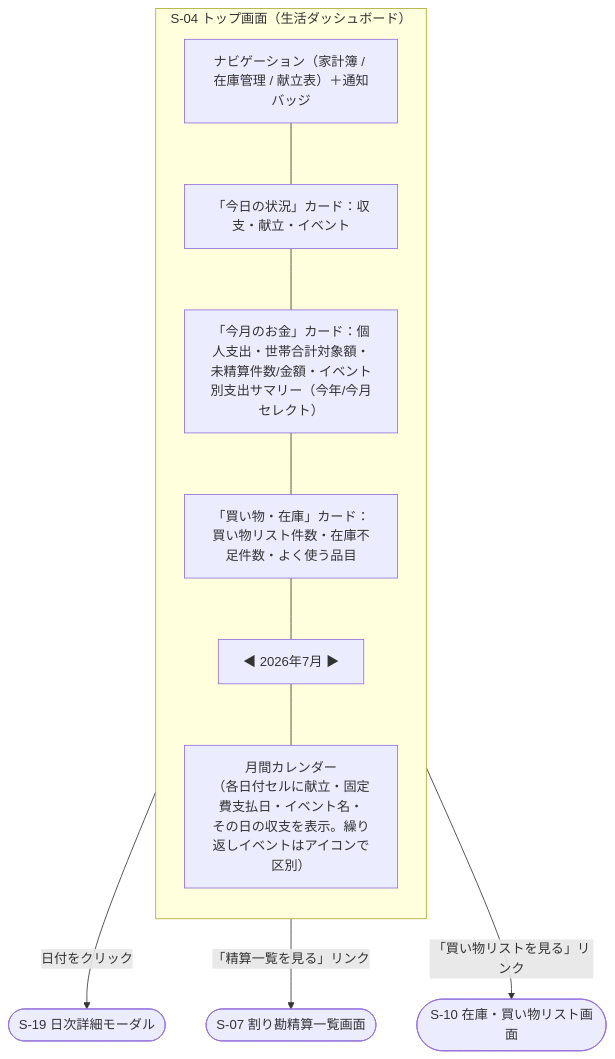
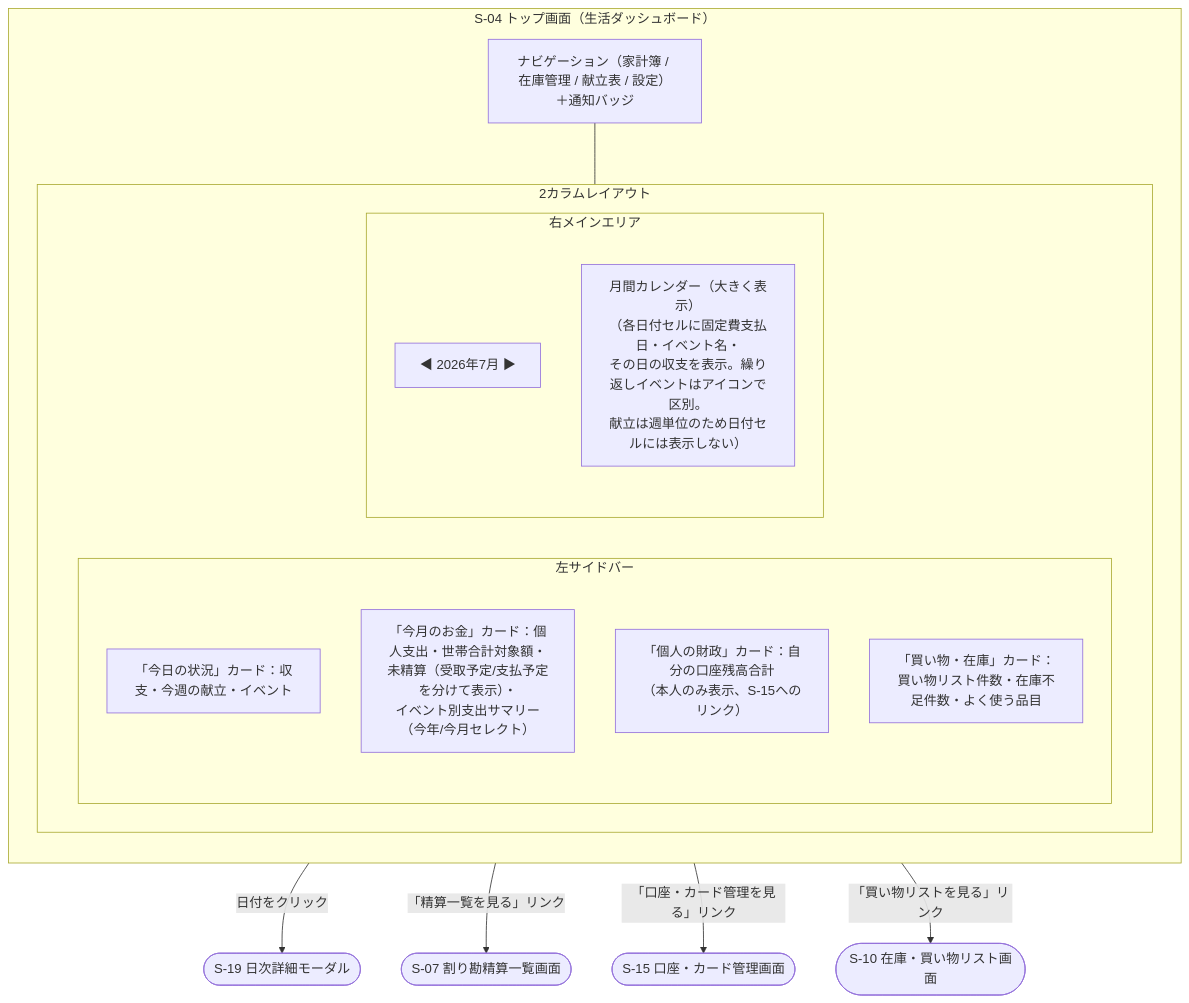
One commit to yamamotonaoki3/HomeLog changed the fourth of 18 diagrams in docs/details/wireframes.md. Above: the diagram before and after it, drawn with Mermaid. The commit also changed other lines of this file and 22 other files, not shown here.

````diff
--- a/docs/details/wireframes.md
+++ b/docs/details/wireframes.md
@@ -165,16 +166,27 @@
 ```mermaid
 flowchart TD
     subgraph Screen["S-04 トップ画面（生活ダッシュボード）"]
         direction TB
-        Nav["ナビゲーション（家計簿 / 在庫管理 / 献立表）＋通知バッジ"]
-        Today["「今日の状況」カード：収支・献立・イベント"]
-        Money["「今月のお金」カード：個人支出・世帯合計対象額・\n未精算件数/金額・イベント別支出サマリー（今年/今月セレクト）"]
-        Stock["「買い物・在庫」カード：買い物リスト件数・在庫不足件数・よく使う品目"]
-        Header["◀ 2026年7月 ▶"]
-        Calendar["月間カレンダー\n（各日付セルに献立・固定費支払日・イベント名・\nその日の収支を表示。繰り返しイベントはアイコンで区別）"]
+        Nav["ナビゲーション（家計簿 / 在庫管理 / 献立表 / 設定）＋通知バッジ"]
+        subgraph Layout["2カラムレイアウト"]
+            direction LR
+            subgraph Sidebar["左サイドバー"]
+                direction TB
+                Today["「今日の状況」カード：収支・今週の献立・イベント"]
+                Money["「今月のお金」カード：個人支出・世帯合計対象額・\n未精算（受取予定/支払予定を分けて表示）・\nイベント別支出サマリー（今年/今月セレクト）"]
+                Finance["「個人の財政」カード：自分の口座残高合計\n（本人のみ表示、S-15へのリンク）"]
+                Stock["「買い物・在庫」カード：買い物リスト件数・在庫不足件数・よく使う品目"]
+            end
+            subgraph MainArea["右メインエリア"]
+                direction TB
+                Header["◀ 2026年7月 ▶"]
+                Calendar["月間カレンダー（大きく表示）\n（各日付セルに固定費支払日・イベント名・\nその日の収支を表示。繰り返しイベントはアイコンで区別。\n献立は週単位のため日付セルには表示しない）"]
+            end
+        end
     end
-    Nav --- Today --- Money --- Stock --- Header --- Calendar
+    Nav --- Layout
     Calendar -- 日付をクリック --> DayModal(["S-19 日次詳細モーダル"])
     Money -- 「精算一覧を見る」リンク --> S07(["S-07 割り勘精算一覧画面"])
+    Finance -- 「口座・カード管理を見る」リンク --> S15(["S-15 口座・カード管理画面"])
     Stock -- 「買い物リストを見る」リンク --> S10(["S-10 在庫・買い物リスト画面"])
 ```
````
